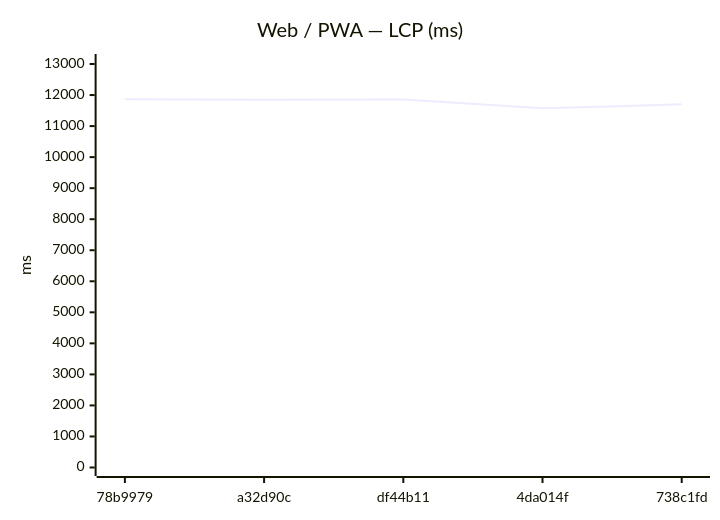
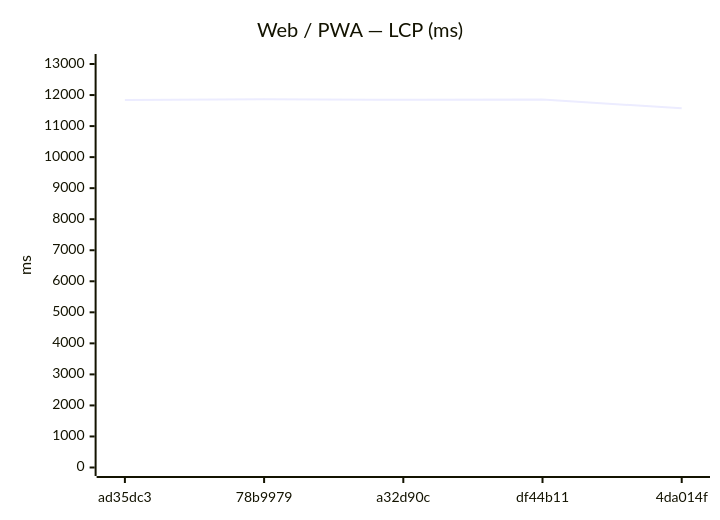
The ninth of 24 diagrams in benchmarks/compare.md (Metaheurist/Rianell), drawn with Mermaid before and after one commit. The commit also changed other lines of this file and 12 other files, not shown here.

````diff
--- a/benchmarks/compare.md
+++ b/benchmarks/compare.md
@@ -144,7 +144,7 @@
 ```mermaid
 xychart-beta
     title "Web / PWA — LCP (ms)"
-    x-axis ["78b9979", "a32d90c", "df44b11", "4da014f", "738c1fd"]
+    x-axis ["ad35dc3", "78b9979", "a32d90c", "df44b11", "4da014f"]
     y-axis "ms" 0 --> 13049
-    line [11862, 11845, 11860, 11572, 11701]
+    line [11844, 11862, 11845, 11860, 11572]
 ```
````
